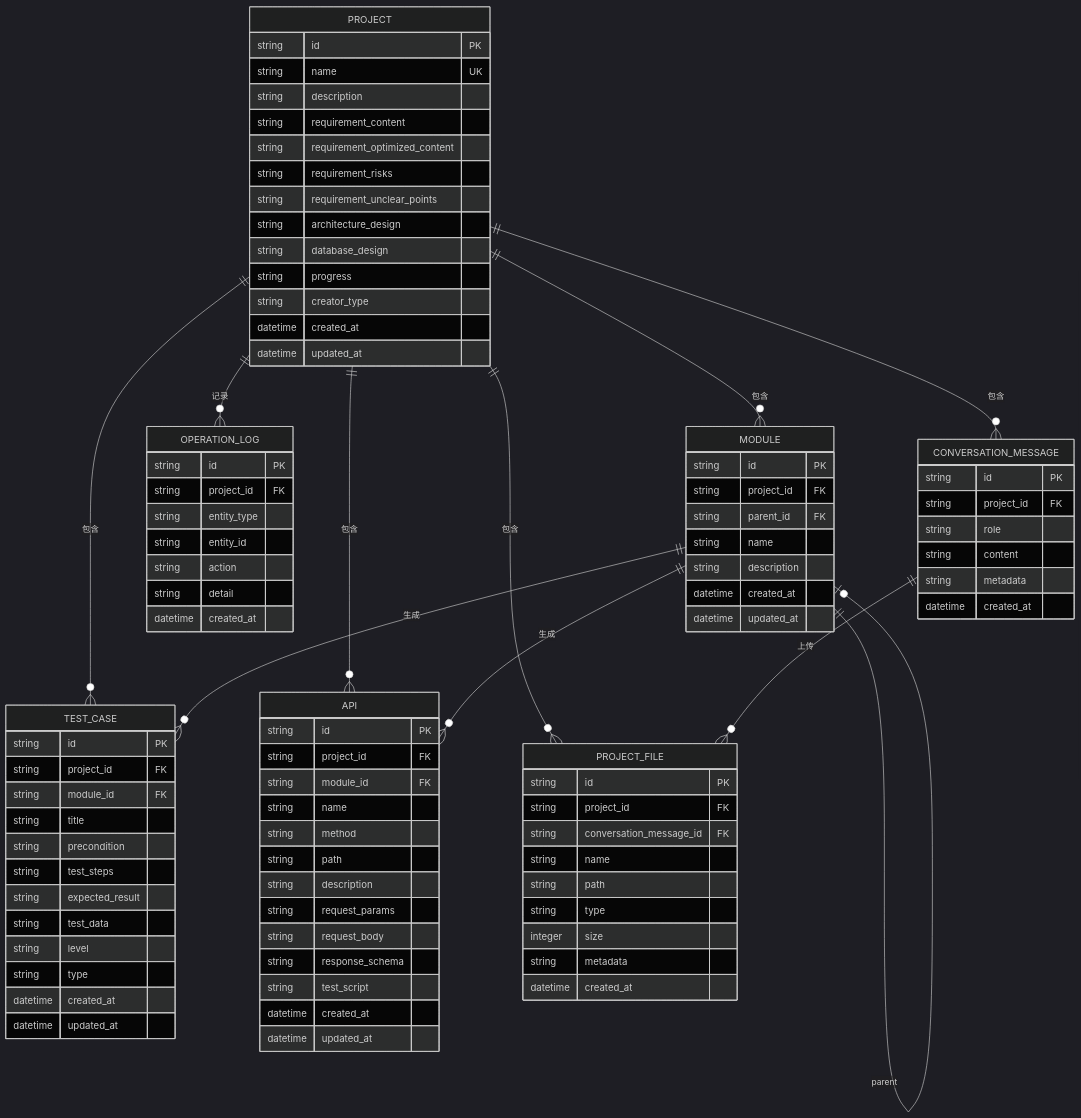
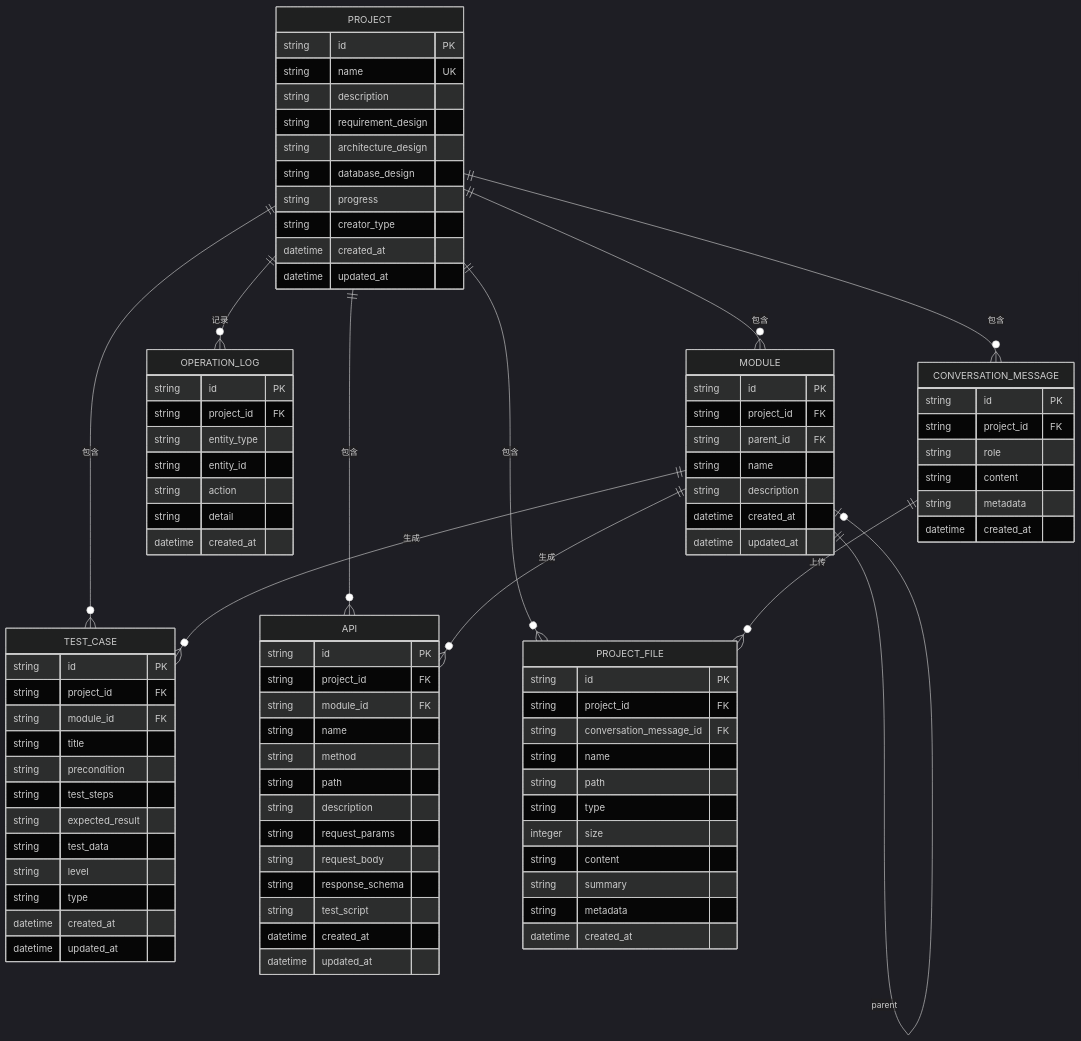
Before and after one commit to moderncrazy/ai-case-generator-demo: the diagram in doc/database_design.md, drawn with Mermaid (dark theme). The commit also changed other lines of this file and 104 other files, not shown here.

```diff
--- a/doc/database_design.md
+++ b/doc/database_design.md
@@ -27,10 +27,7 @@
         string id PK
         string name UK
         string description
-        string requirement_content
-        string requirement_optimized_content
-        string requirement_risks
-        string requirement_unclear_points
+        string requirement_design
         string architecture_design
         string database_design
         string progress
@@ -107,6 +104,8 @@
         string path
         string type
         integer size
+        string content 
+        string summary 
         string metadata
         datetime created_at
     }
```
